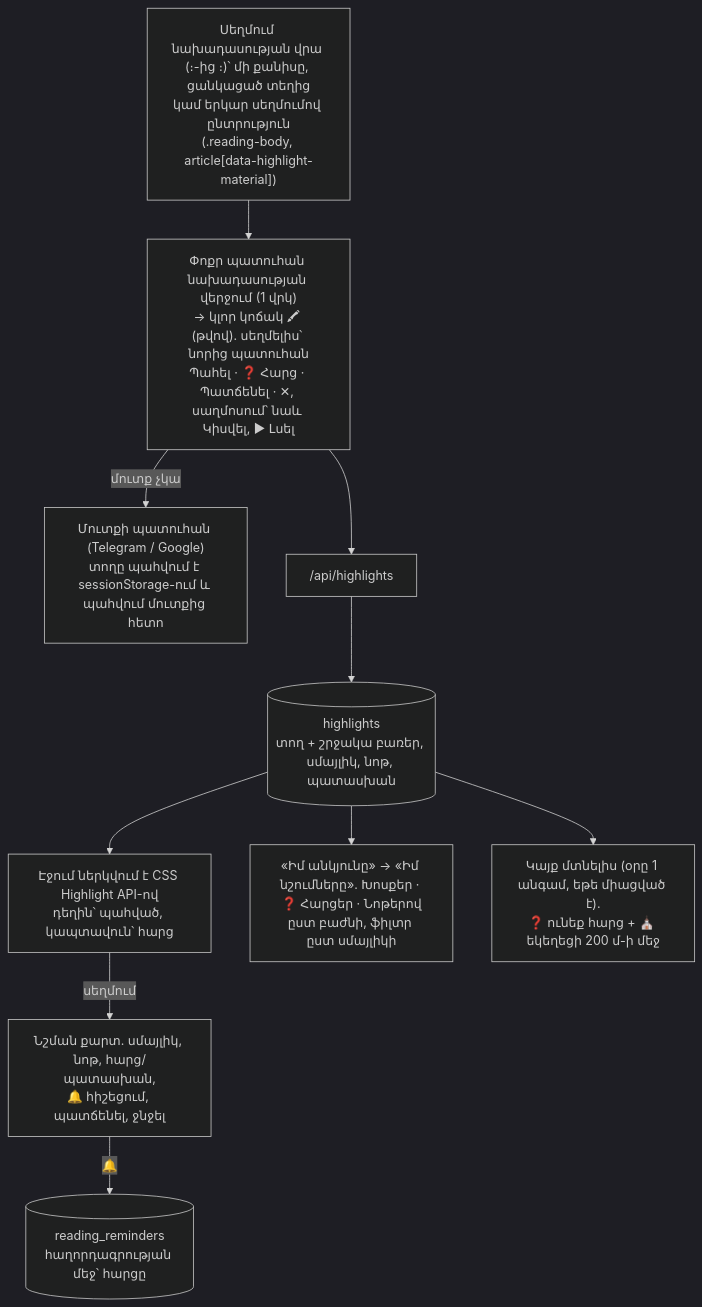
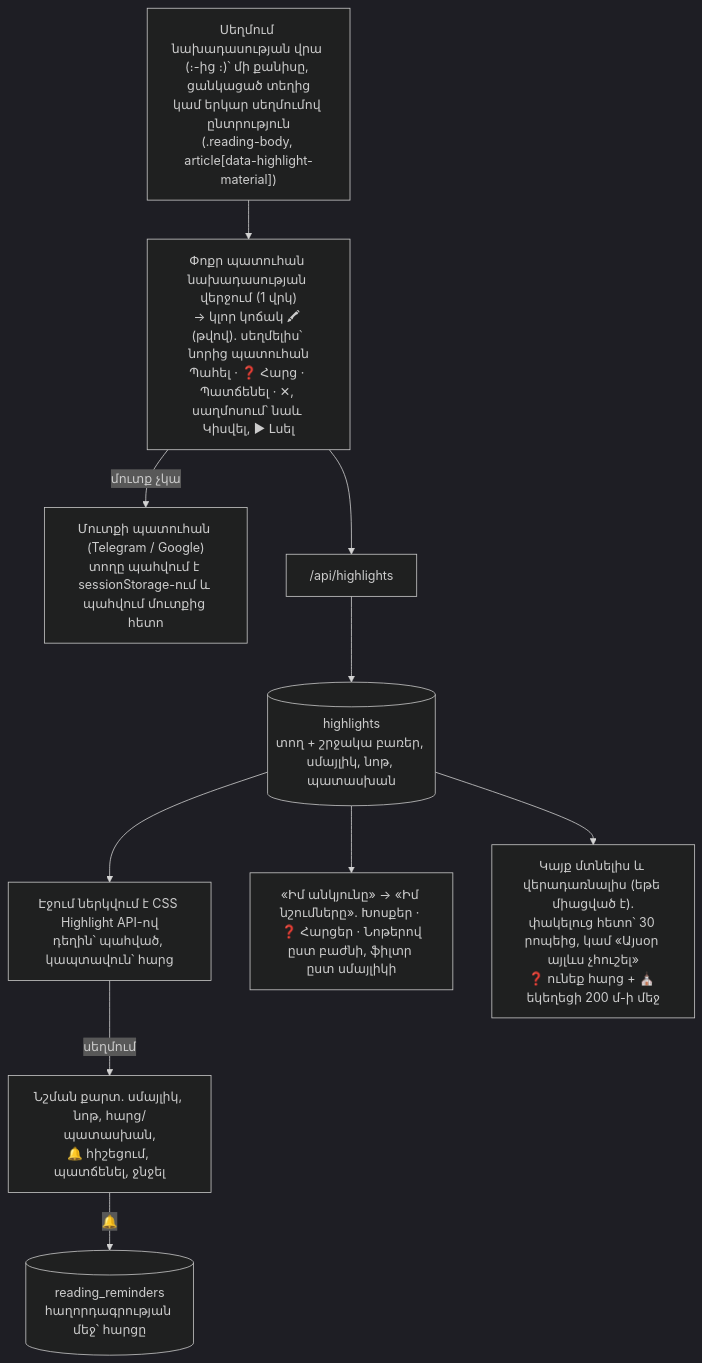
Before and after one commit to T0n0yan/armenian-apostolic-digital-library: diagram 14 of 24 in docs/ARCHITECTURE.md, drawn with Mermaid (dark theme). The commit also changed 5 other files, not shown here.

First line of the commit message:
Եկեղեցու հուշում. նորից 30 րոպեից, ոչ թե օրը մեկ անգամ

````diff
--- a/docs/ARCHITECTURE.md
+++ b/docs/ARCHITECTURE.md
@@ -401,11 +401,11 @@
 ```mermaid
 flowchart TD
   SEL["Սեղմում նախադասության վրա (։-ից ։)՝ մի քանիսը, ցանկացած տեղից<br/>կամ երկար սեղմումով ընտրություն<br/>(.reading-body, article[data-highlight-material])"] --> BAR["Փոքր պատուհան նախադասության վերջում (1 վրկ)<br/>→ կլոր կոճակ 🖍 (թվով). սեղմելիս՝ նորից պատուհան<br/>Պահել · ❓ Հարց · Պատճենել · ✕, սաղմոսում՝ նաև Կիսվել, ▶ Լսել"]
   BAR -->|"մուտք չկա"| SIGN["Մուտքի պատուհան (Telegram / Google)<br/>տողը պահվում է sessionStorage-ում և պահվում մուտքից հետո"]
   BAR --> API["/api/highlights"] --> DB[("highlights<br/>տող + շրջակա բառեր, սմայլիկ, նոթ, պատասխան")]
   DB --> PAINT["Էջում ներկվում է CSS Highlight API-ով<br/>դեղին՝ պահված, կապտավուն՝ հարց"]
   PAINT -->|"սեղմում"| SHEET["Նշման քարտ. սմայլիկ, նոթ, հարց/պատասխան,<br/>🔔 հիշեցում, պատճենել, ջնջել"]
   DB --> NOTES["«Իմ անկյունը» → «Իմ նշումները». Խոսքեր · ❓ Հարցեր · Նոթերով<br/>ըստ բաժնի, ֆիլտր ըստ սմայլիկի"]
   SHEET -->|"🔔"| REM[("reading_reminders<br/>հաղորդագրության մեջ՝ հարցը")]
-  DB --> NUDGE["Կայք մտնելիս (օրը 1 անգամ, եթե միացված է).<br/>❓ ունեք հարց + ⛪ եկեղեցի 200 մ-ի մեջ"]
+  DB --> NUDGE["Կայք մտնելիս և վերադառնալիս (եթե միացված է).<br/>փակելուց հետո՝ 30 րոպեից, կամ «Այսօր այլևս չհուշել»<br/>❓ ունեք հարց + ⛪ եկեղեցի 200 մ-ի մեջ"]
 ```
````
